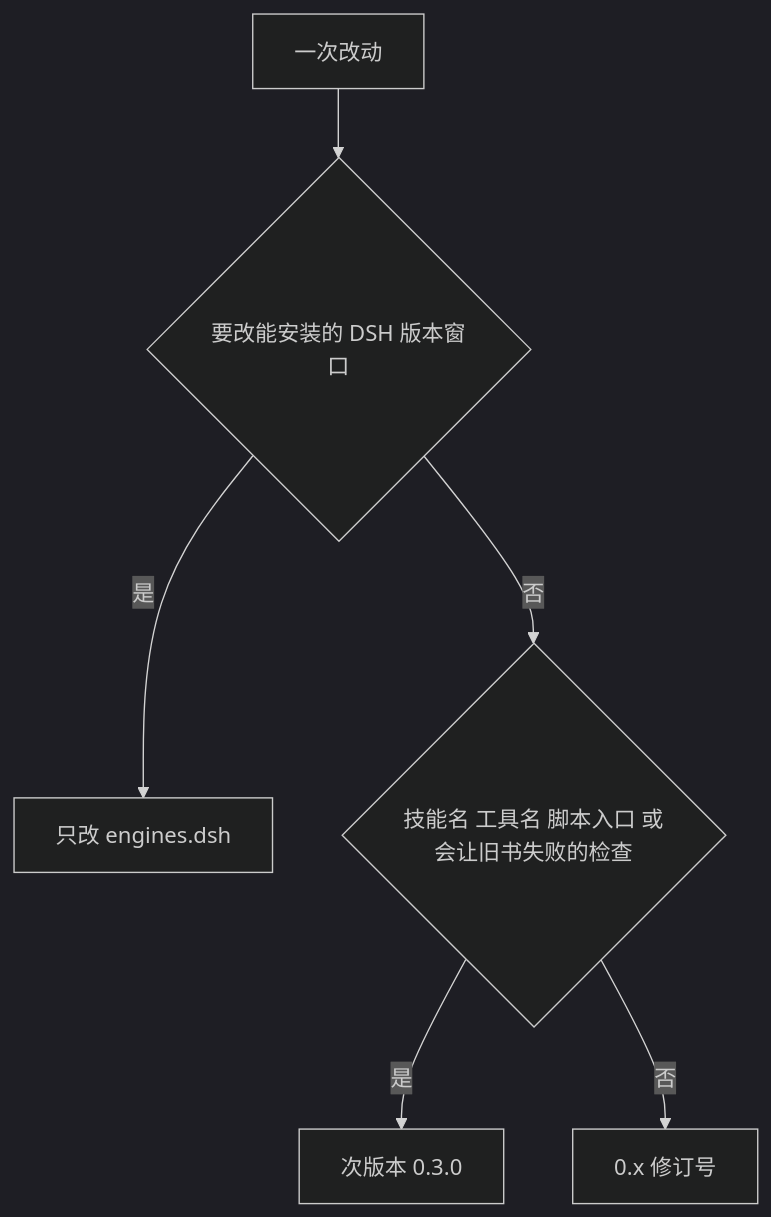
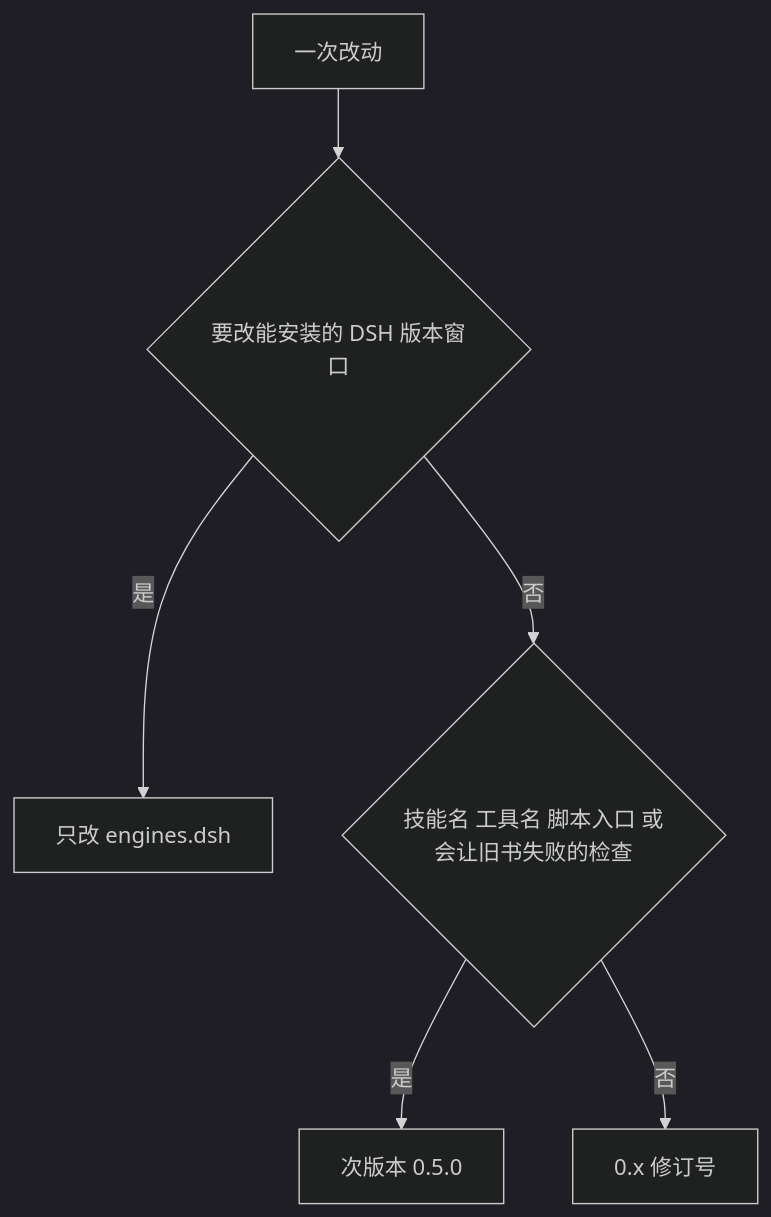
One commit to chengzhao-dev/dsh-quarto-book changed the diagram in docs/versioning.md. Above: the diagram before and after it, drawn with Mermaid (dark theme). The commit also changed other lines of this file and 13 other files, not shown here.

````diff
--- a/docs/versioning.md
+++ b/docs/versioning.md
@@ -28,8 +28,8 @@
 ```mermaid
 flowchart TD
   change[一次改动] --> host{要改能安装的 DSH 版本窗口}
   host -->|是| engines[只改 engines.dsh]
   host -->|否| contract{技能名 工具名 脚本入口 或会让旧书失败的检查}
-  contract -->|是| minor[次版本 0.3.0]
+  contract -->|是| minor[次版本 0.5.0]
   contract -->|否| patch[0.x 修订号]
 ```
````
